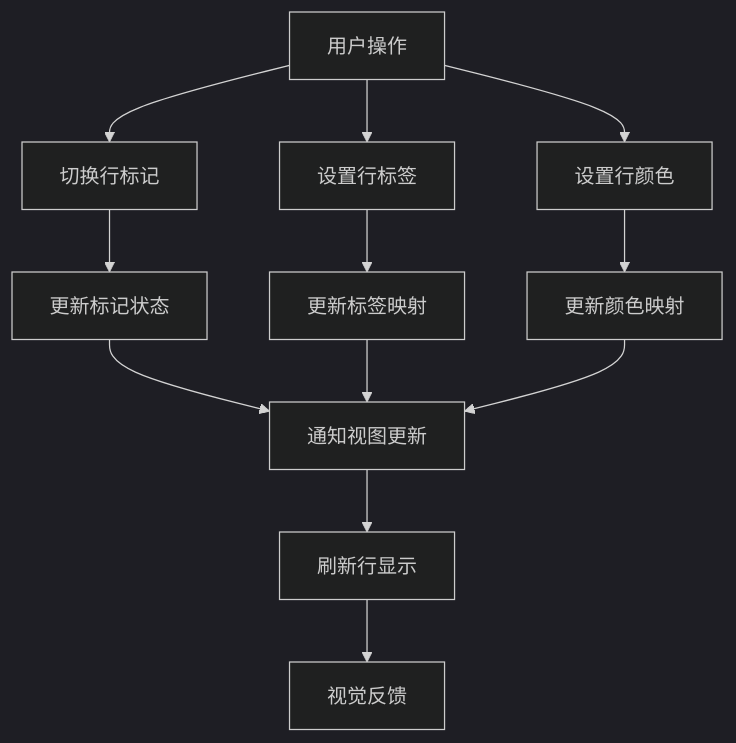
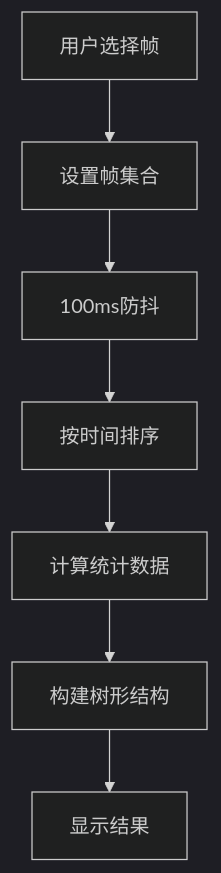
One commit to jakecai1225-design/OpenBus changed the fifth of 8 diagrams in .qoder/repowiki/zh/content/项目概述/CAN总线分析工具.md. Above: the diagram before and after it, drawn with Mermaid (dark theme). The commit also changed other lines of this file and 22 other files, not shown here.

Commit message:
trace graphic

````diff
--- a/.qoder/repowiki/zh/content/项目概述/CAN总线分析工具.md
+++ b/.qoder/repowiki/zh/content/项目概述/CAN总线分析工具.md
@@ -670,14 +678,9 @@
 ```mermaid
 flowchart TD
-UserAction["用户操作"] --> ToggleMark["切换行标记"]
-UserAction --> SetLabel["设置行标签"]
-UserAction --> SetColor["设置行颜色"]
-ToggleMark --> UpdateState["更新标记状态"]
-SetLabel --> UpdateLabel["更新标签映射"]
-SetColor --> UpdateColor["更新颜色映射"]
-UpdateState --> NotifyView["通知视图更新"]
-UpdateLabel --> NotifyView
-UpdateColor --> NotifyView
-NotifyView --> Refresh["刷新行显示"]
-Refresh --> VisualFeedback["视觉反馈"]
+UserSelect["用户选择帧"] --> SetFrames["设置帧集合"]
+SetFrames --> Debounce["100ms防抖"]
+Debounce --> SortTime["按时间排序"]
+SortTime --> CalcStats["计算统计数据"]
+CalcStats --> BuildTree["构建树形结构"]
+BuildTree --> Display["显示结果"]
 ```
````
